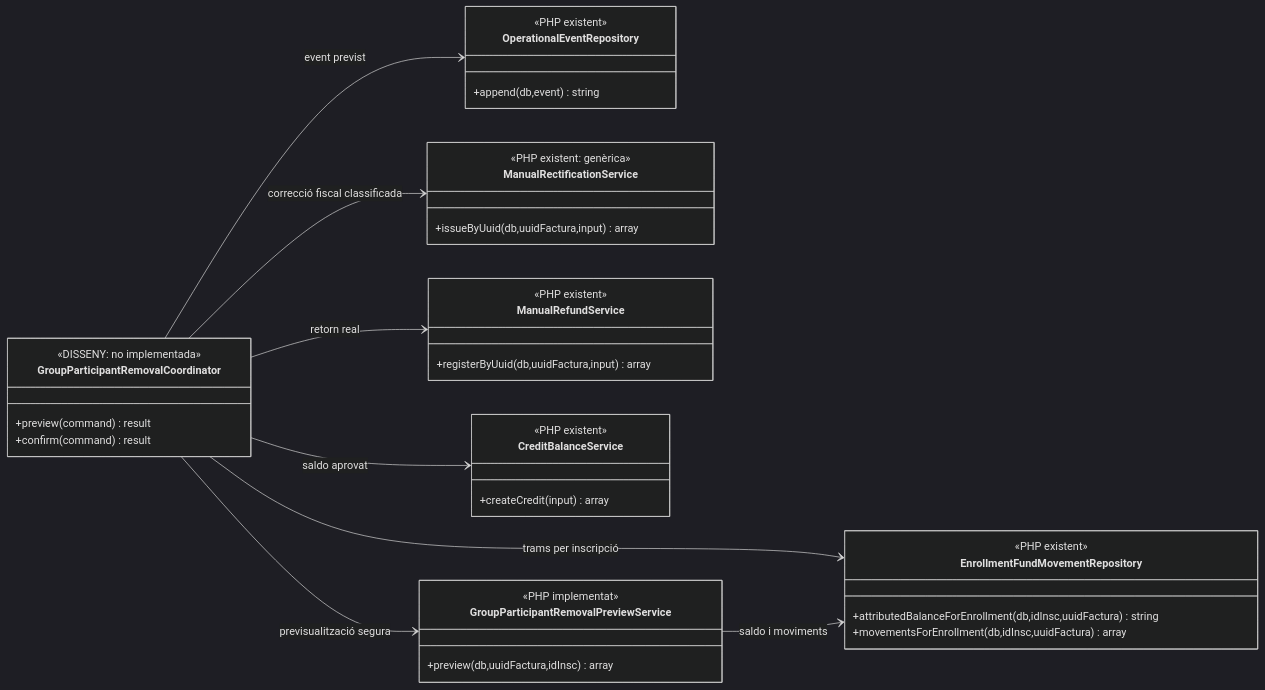
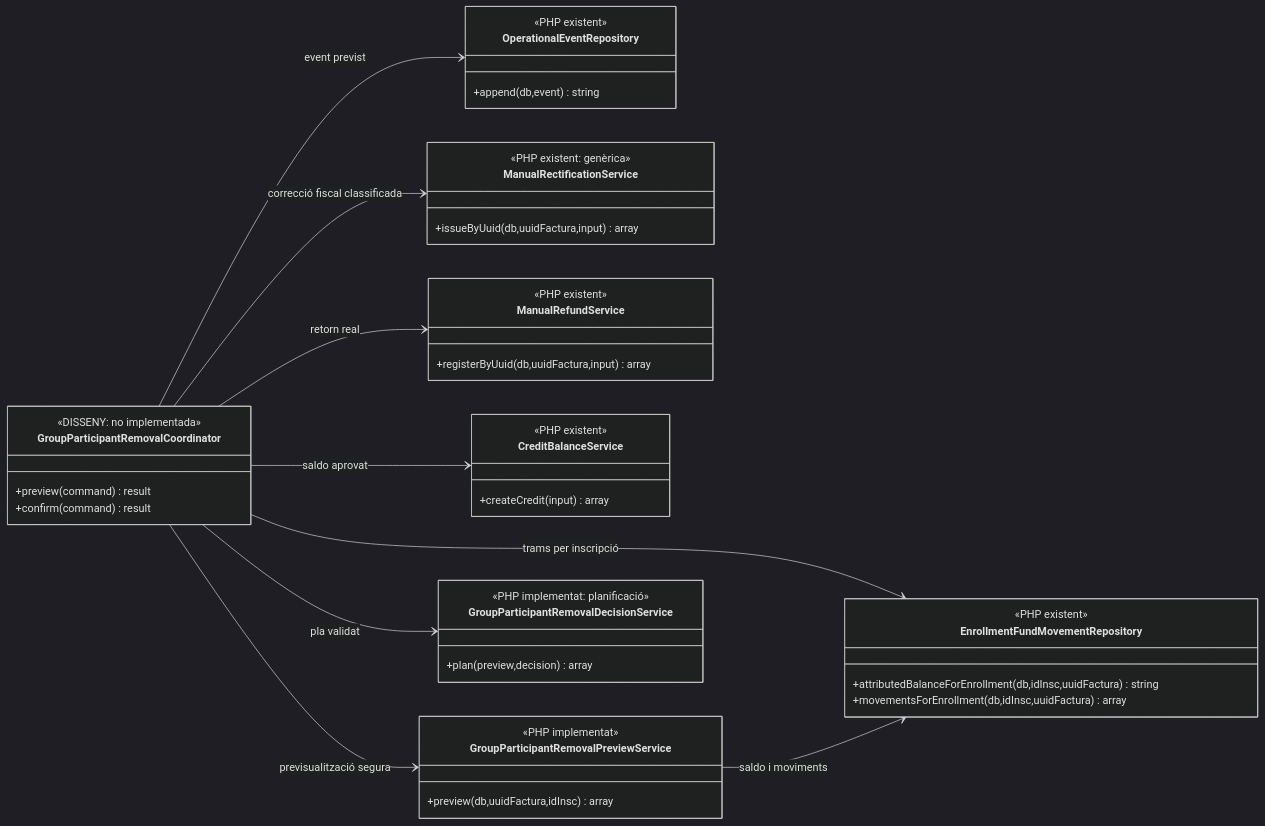
One commit to orgmeriemprismacat-del/verifactu changed the third of 5 diagrams in documentacio/07-uml-integrat/uc-016b-treure-participant-grup-emes.md. Above: the diagram before and after it, drawn with Mermaid (dark theme). The commit also changed other lines of this file, not shown here.

Commit message:
UC-016B document explicit removal decision planner

````diff
--- a/documentacio/07-uml-integrat/uc-016b-treure-participant-grup-emes.md
+++ b/documentacio/07-uml-integrat/uc-016b-treure-participant-grup-emes.md
@@ -116,41 +116,46 @@
 ```mermaid
 classDiagram
 direction LR
 class GroupParticipantRemovalCoordinator {
  <<DISSENY: no implementada>>
  +preview(command) result
  +confirm(command) result
 }
 class OperationalEventRepository {
  <<PHP existent>>
  +append(db,event) string
 }
 class ManualRectificationService {
  <<PHP existent: genèrica>>
  +issueByUuid(db,uuidFactura,input) array
 }
 class ManualRefundService {
  <<PHP existent>>
  +registerByUuid(db,uuidFactura,input) array
 }
 class CreditBalanceService {
  <<PHP existent>>
  +createCredit(input) array
 }
 class EnrollmentFundMovementRepository {
  <<PHP existent>>
  +attributedBalanceForEnrollment(db,idInsc,uuidFactura) string
  +movementsForEnrollment(db,idInsc,uuidFactura) array
 }
 class GroupParticipantRemovalPreviewService {
  <<PHP implementat>>
  +preview(db,uuidFactura,idInsc) array
 }
+class GroupParticipantRemovalDecisionService {
+ <<PHP implementat: planificació>>
+ +plan(preview,decision) array
+}
 GroupParticipantRemovalCoordinator --> OperationalEventRepository : event previst
 GroupParticipantRemovalCoordinator --> ManualRectificationService : correcció fiscal classificada
 GroupParticipantRemovalCoordinator --> ManualRefundService : retorn real
 GroupParticipantRemovalCoordinator --> CreditBalanceService : saldo aprovat
 GroupParticipantRemovalCoordinator --> EnrollmentFundMovementRepository : trams per inscripció
 GroupParticipantRemovalCoordinator --> GroupParticipantRemovalPreviewService : previsualització segura
 GroupParticipantRemovalPreviewService --> EnrollmentFundMovementRepository : saldo i moviments
+GroupParticipantRemovalCoordinator --> GroupParticipantRemovalDecisionService : pla validat
 ```
````
